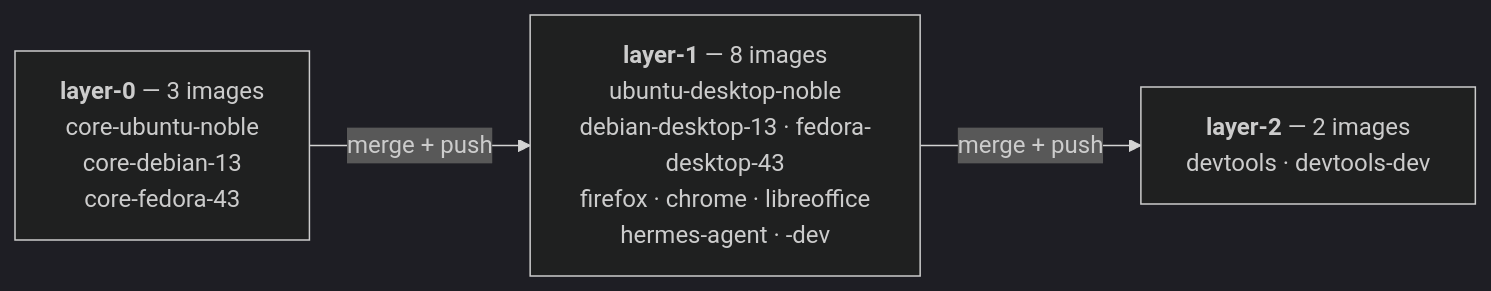
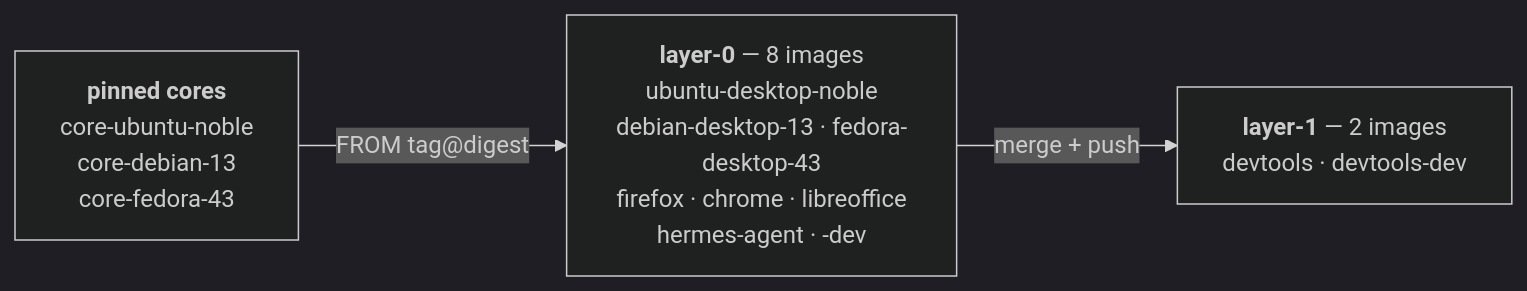
The second of 2 diagrams in docs/images/index.md (XoRHub/website), drawn with Mermaid (dark theme) before and after one commit. The commit also changed other lines of this file and 17 other files, not shown here.

First line of the commit message:
docs: follow the waas-images split into core and workspace repos

````diff
--- a/docs/images/index.md
+++ b/docs/images/index.md
@@ -72,7 +88,7 @@
 ```mermaid
 flowchart LR
-    L0["<b>layer-0</b> — 3 images<br/>core-ubuntu-noble<br/>core-debian-13<br/>core-fedora-43"]
-    L1["<b>layer-1</b> — 8 images<br/>ubuntu-desktop-noble<br/>debian-desktop-13 · fedora-desktop-43<br/>firefox · chrome · libreoffice<br/>hermes-agent · -dev"]
-    L2["<b>layer-2</b> — 2 images<br/>devtools · devtools-dev"]
-    L0 -->|"merge + push"| L1 -->|"merge + push"| L2
+    C["<b>pinned cores</b><br/>core-ubuntu-noble<br/>core-debian-13<br/>core-fedora-43"]
+    L0["<b>layer-0</b> — 8 images<br/>ubuntu-desktop-noble<br/>debian-desktop-13 · fedora-desktop-43<br/>firefox · chrome · libreoffice<br/>hermes-agent · -dev"]
+    L1["<b>layer-1</b> — 2 images<br/>devtools · devtools-dev"]
+    C -->|"FROM tag@digest"| L0 -->|"merge + push"| L1
 ```
````
